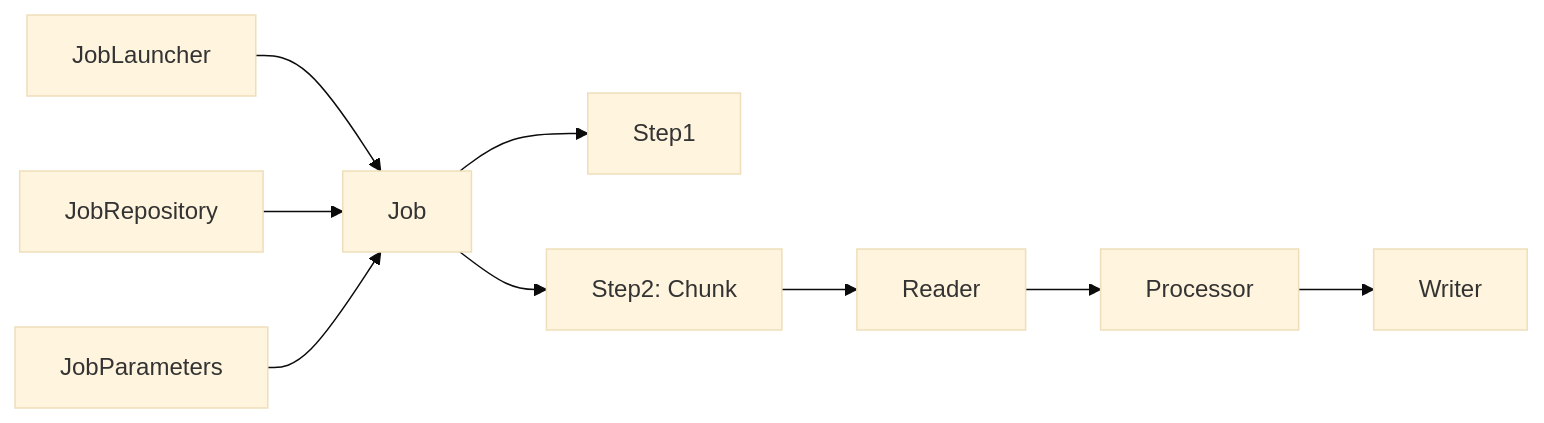
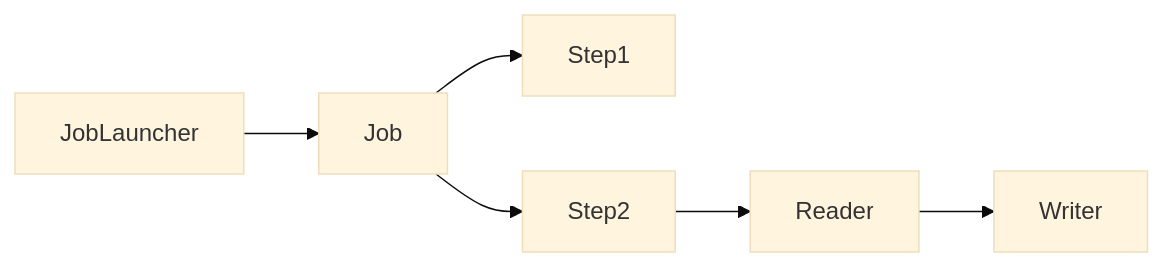
Before and after one commit to yjkim2015/yjkim2015.github.io: the first of 6 diagrams in _posts/spring/2026-05-02-spring-batch-deep.md, drawn with Mermaid (base theme). The commit also changed other lines of this file and 163 other files, not shown here.

First line of the commit message:
Mermaid 300개 블록 내용 축소: 5노드 5엣지 이하, 의미 있는 약어

````diff
--- a/_posts/spring/2026-05-02-spring-batch-deep.md
+++ b/_posts/spring/2026-05-02-spring-batch-deep.md
@@ -18,9 +18,7 @@
 ```mermaid
 graph LR
     A[JobLauncher] --> B[Job]
     B --> C[Step1]
-    B --> D[Step2: Chunk]
-    D --> R[Reader] --> P[Processor] --> W[Writer]
-    K[JobRepository] --> B
-    L[JobParameters] --> B
+    B --> D[Step2]
+    D --> R[Reader] --> W[Writer]
 ```
````
